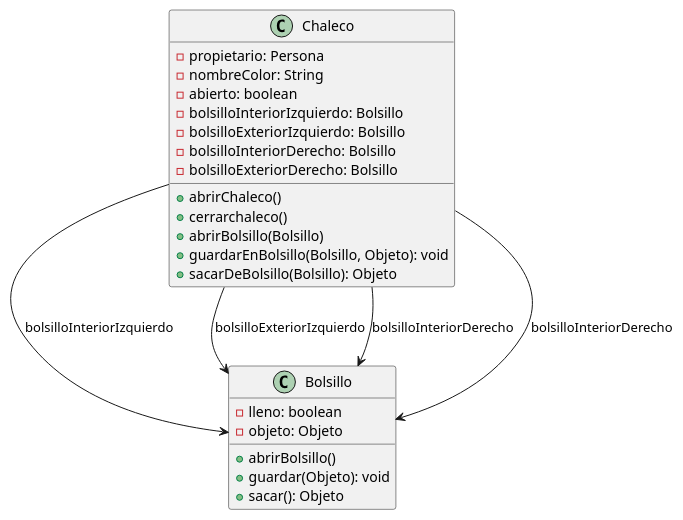
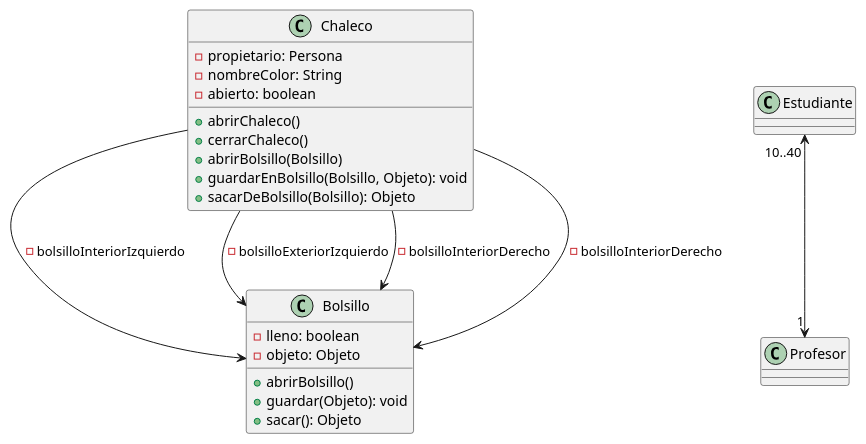
Before and after one commit to wesdell/java_introduction: the diagram in src/Chaleco.puml, drawn with PlantUML.

Commit message:
Improve Chaleco representation.

```diff
--- a/src/Chaleco.puml
+++ b/src/Chaleco.puml
@@ -1,30 +1,39 @@
 @startuml
 
 class Chaleco {
 -propietario: Persona
 -nombreColor: String
 -abierto: boolean
--bolsilloInteriorIzquierdo: Bolsillo
--bolsilloExteriorIzquierdo: Bolsillo
--bolsilloInteriorDerecho: Bolsillo
--bolsilloExteriorDerecho: Bolsillo
+'-bolsilloInteriorIzquierdo: Bolsillo
+'-bolsilloExteriorIzquierdo: Bolsillo
+'-bolsilloInteriorDerecho: Bolsillo
+'-bolsilloExteriorDerecho: Bolsillo
 +abrirChaleco()
-+cerrarchaleco()
++cerrarChaleco()
 +abrirBolsillo(Bolsillo)
 +guardarEnBolsillo(Bolsillo, Objeto): void
 +sacarDeBolsillo(Bolsillo): Objeto
 }
 
 class Bolsillo {
 -lleno: boolean
 -objeto: Objeto
 +abrirBolsillo()
 +guardar(Objeto): void
 +sacar(): Objeto
 }
 
-Chaleco --> Bolsillo: bolsilloInteriorIzquierdo
-Chaleco --> Bolsillo: bolsilloExteriorIzquierdo
-Chaleco --> Bolsillo: bolsilloInteriorDerecho
-Chaleco --> Bolsillo: bolsilloInteriorDerecho
+Chaleco --> Bolsillo: -bolsilloInteriorIzquierdo
+Chaleco --> Bolsillo: -bolsilloExteriorIzquierdo
+Chaleco --> Bolsillo: -bolsilloInteriorDerecho
+Chaleco --> Bolsillo: -bolsilloInteriorDerecho
+
+class Estudiante
+class Profesor
+
+' Multiplicidad
+' Por 1 profesor se tiene de entre
+' 10 a 40 estudiantes.
+' * cuantificador de infinito.
+Estudiante "10..40"<-->"1" Profesor
 @enduml
```
